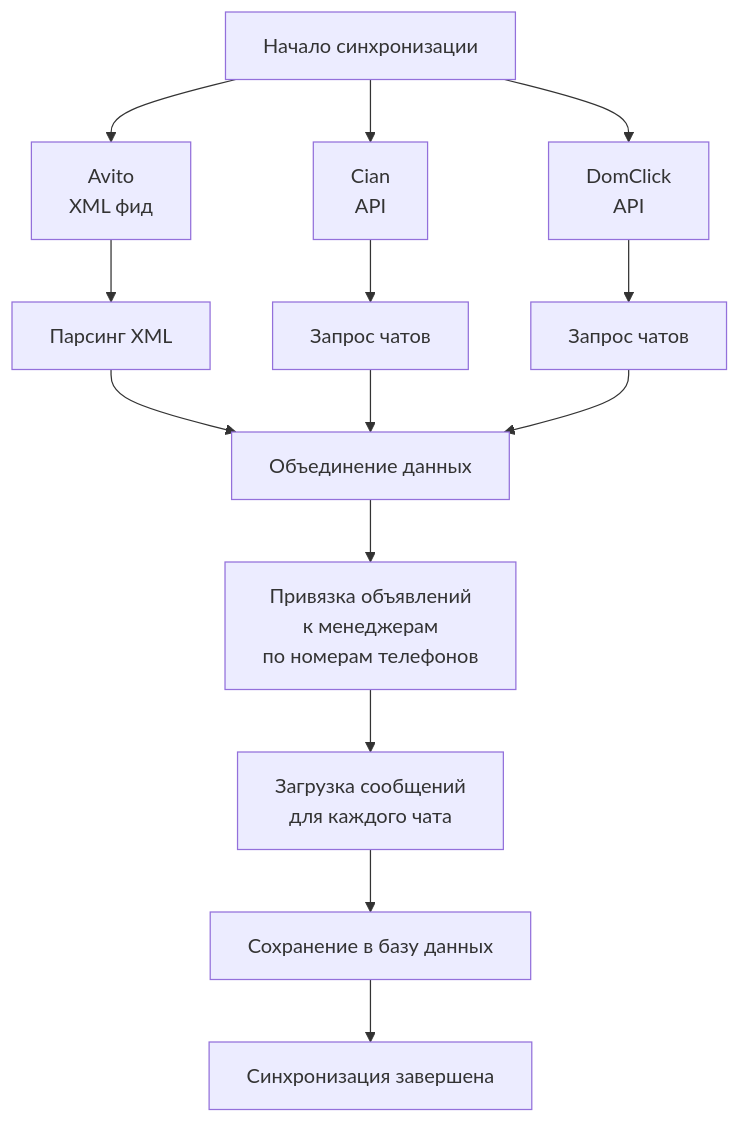
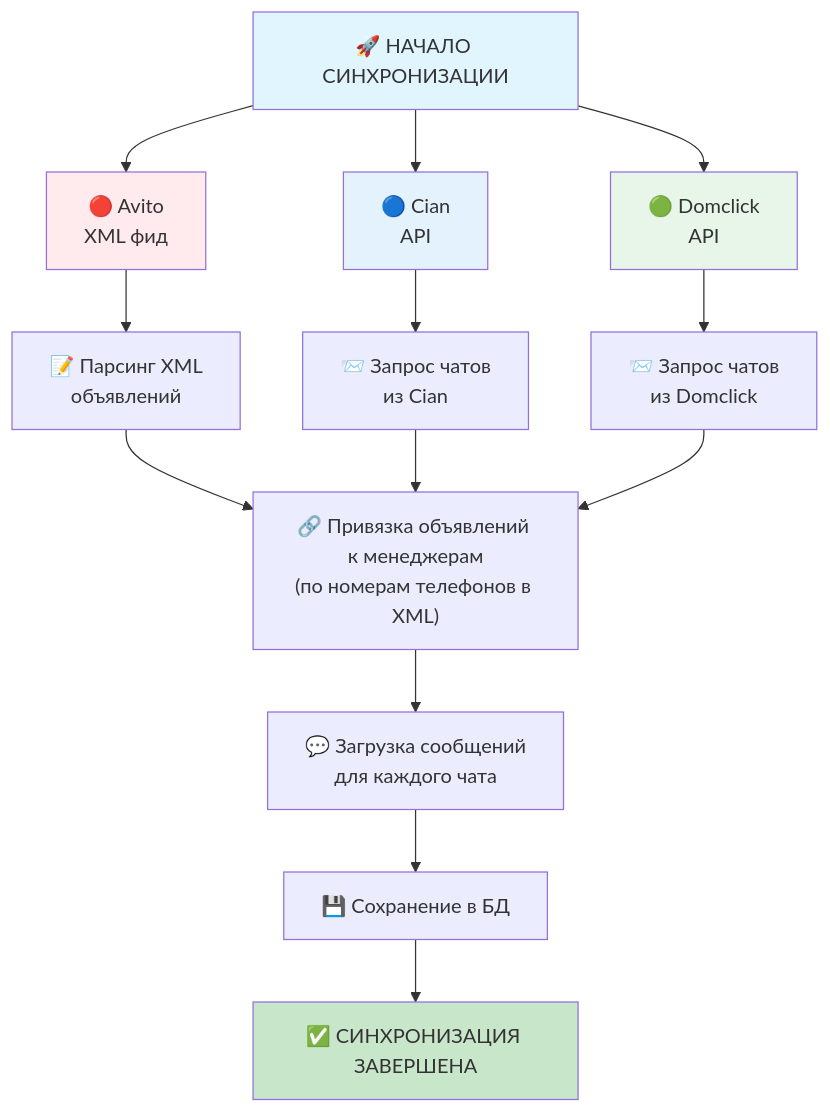
One commit to mcandylab/mintlify-docs changed the fourth of 9 diagrams in diagrammy-i-skhemy.mdx. Above: the diagram before and after it, drawn with Mermaid. The commit also changed other lines of this file, not shown here.

````diff
--- a/diagrammy-i-skhemy.mdx
+++ b/diagrammy-i-skhemy.mdx
@@ -7,21 +80,25 @@
 ```mermaid
 flowchart TD
-    A[Начало синхронизации]
+    A["🚀 НАЧАЛО СИНХРОНИЗАЦИИ"]
+    A --> B1["🔴 Avito<br/>XML фид"]
+    A --> B2["🔵 Cian<br/>API"]
+    A --> B3["🟢 Domclick<br/>API"]
 
-    A --> B1[Avito<br/>XML фид]
-    A --> B2[Cian<br/>API]
-    A --> B3[DomClick<br/>API]
+    B1 --> C1["📝 Парсинг XML<br/>объявлений"]
+    B2 --> C2["📨 Запрос чатов<br/>из Cian"]
+    B3 --> C3["📨 Запрос чатов<br/>из Domclick"]
 
-    B1 --> C1[Парсинг XML]
-    B2 --> C2[Запрос чатов]
-    B3 --> C3[Запрос чатов]
-
-    C1 --> D[Объединение данных]
+    C1 --> D["🔗 Привязка объявлений к менеджерам<br/>(по номерам телефонов в XML)"]
     C2 --> D
     C3 --> D
 
-    D --> E[Привязка объявлений<br/>к менеджерам<br/>по номерам телефонов]
-    E --> F[Загрузка сообщений<br/>для каждого чата]
-    F --> G[Сохранение в базу данных]
-    G --> H[Синхронизация завершена]
+    D --> E["💬 Загрузка сообщений<br/>для каждого чата"]
+    E --> F["💾 Сохранение в БД"]
+    F --> G["✅ СИНХРОНИЗАЦИЯ ЗАВЕРШЕНА"]
+
+    style A fill:#e1f5ff
+    style B1 fill:#ffebee
+    style B2 fill:#e3f2fd
+    style B3 fill:#e8f5e9
+    style G fill:#c8e6c9
 ```
````
